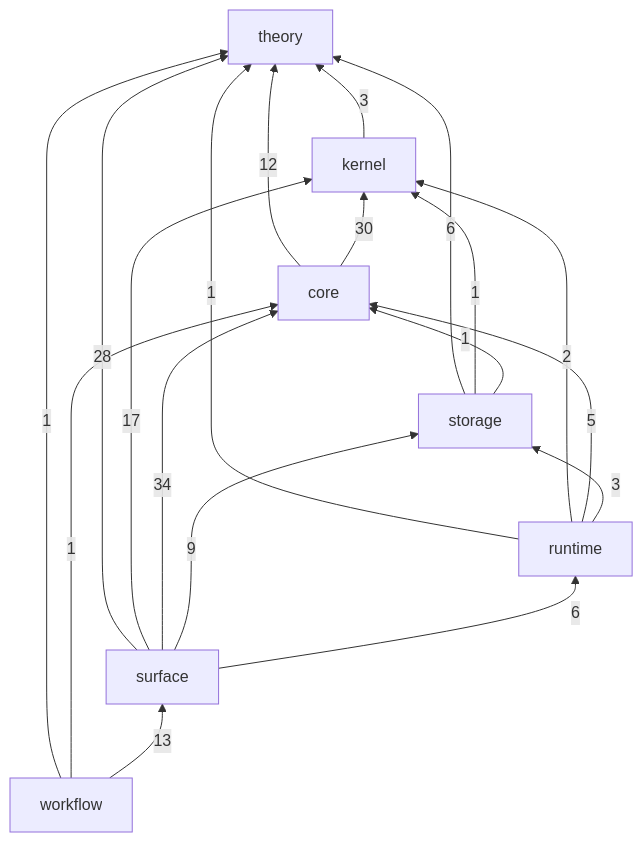
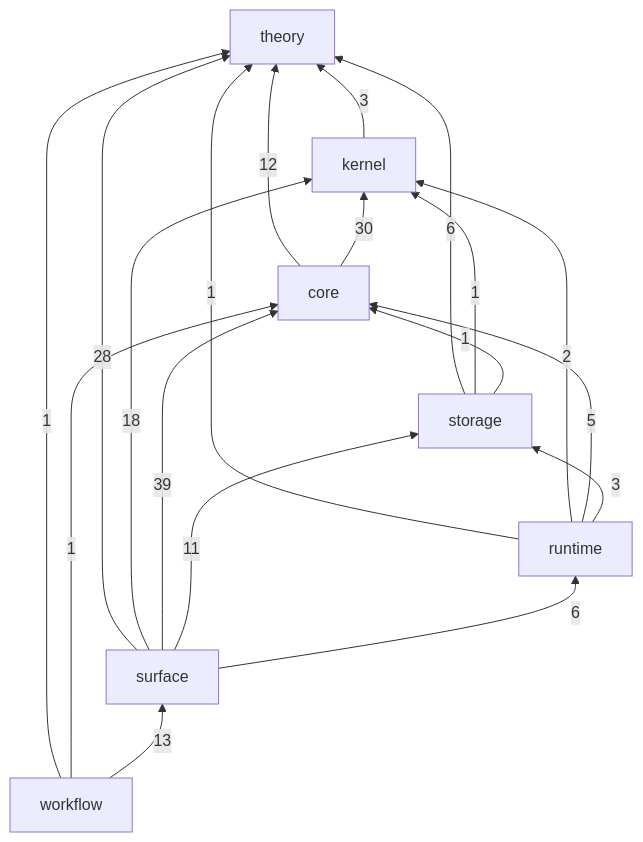
Before and after one commit to gandr-lang/gandr: the diagram in ledger/README.md, drawn with Mermaid. The commit also changed 2 other files, not shown here.

Commit message:
docs(surface): draw the three family crates in the crate map
The crate map and the category map of the ledger's README take the
three family crates and their edges, and the server's two edges that
the split drops leave the map. The references ledger names the new
crate of each module that a vault reference cites.

````diff
--- a/ledger/README.md
+++ b/ledger/README.md
@@ -28,28 +28,28 @@
 ```mermaid
 flowchart BT
   theory
   kernel
   core
   storage
   runtime
   surface
   workflow
   kernel -->|3| theory
   core -->|12| theory
   core -->|30| kernel
   storage -->|6| theory
   storage -->|1| kernel
   storage -->|1| core
   runtime -->|1| theory
   runtime -->|2| kernel
   runtime -->|5| core
   runtime -->|3| storage
   surface -->|28| theory
-  surface -->|17| kernel
-  surface -->|34| core
-  surface -->|9| storage
+  surface -->|18| kernel
+  surface -->|39| core
+  surface -->|11| storage
   surface -->|6| runtime
   workflow -->|1| theory
   workflow -->|1| core
   workflow -->|13| surface
 ```
````
